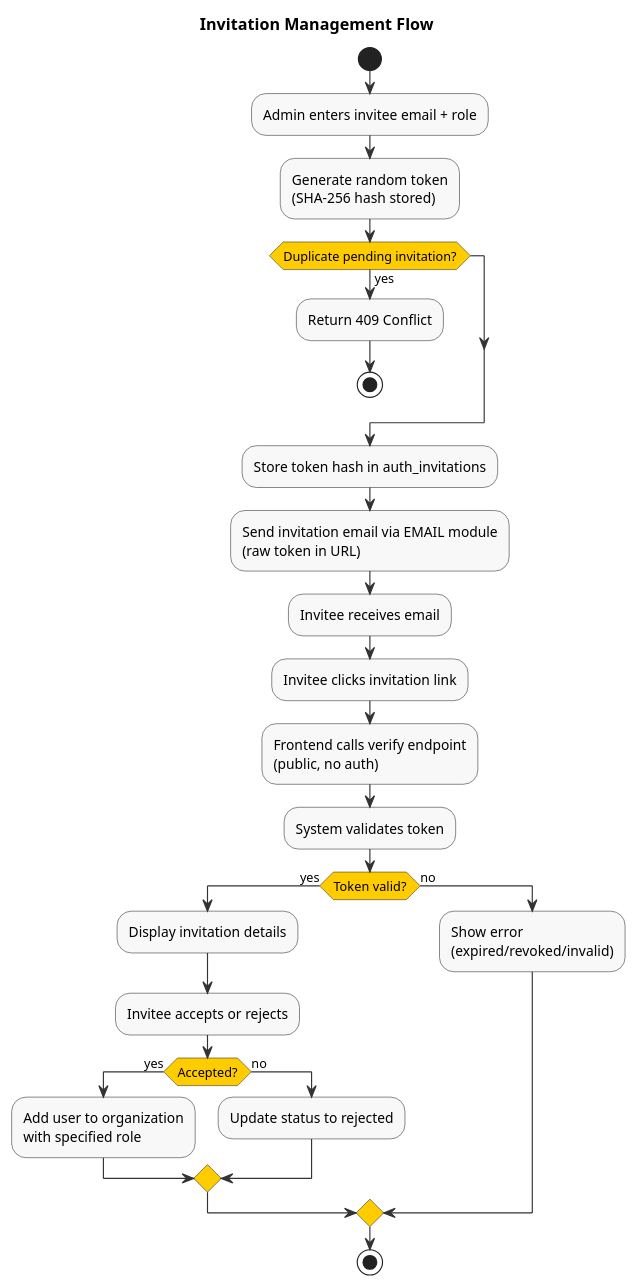
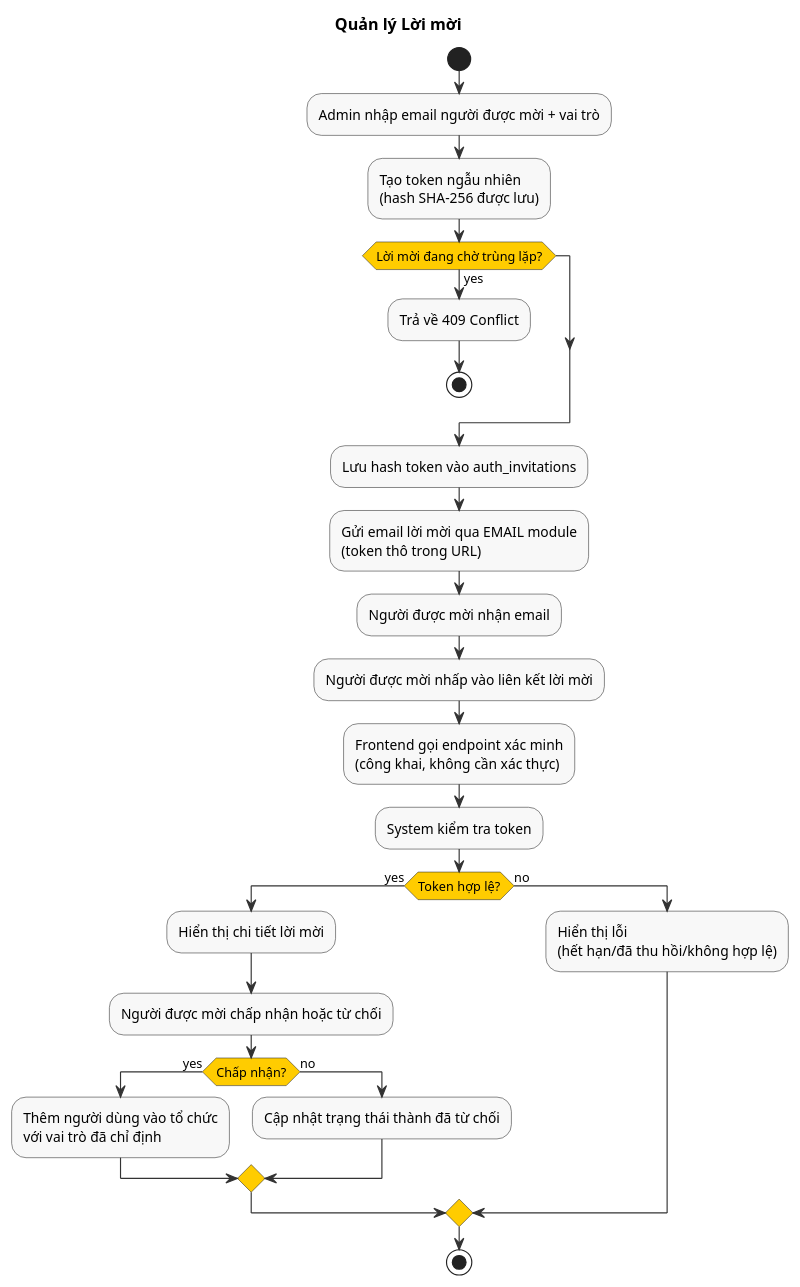
Before and after one commit to namnh240795/document: the diagram in modules/auth/diagrams/activity/invitation-activity.puml, drawn with PlantUML. The commit also changed 163 other files, not shown here.

```diff
--- a/modules/auth/diagrams/activity/invitation-activity.puml
+++ b/modules/auth/diagrams/activity/invitation-activity.puml
@@ -1,53 +1,53 @@
 @startuml
 ' ============================================================
-' Activity Diagram - Invitation Management Flow
+' Sơ đồ Hoạt động - Quản lý Lời mời
 ' ============================================================
 
 skinparam activity {
   BackgroundColor #F8F8F8
   BorderColor #333333
   ArrowColor #333333
   DiamondBackgroundColor #FFCC00
   DiamondBorderColor #333333
 }
 
-title Invitation Management Flow
+title Quản lý Lời mời
 
 start
 
-:Admin enters invitee email + role;
+:Admin nhập email người được mời + vai trò;
 
-:Generate random token\n(SHA-256 hash stored);
+:Tạo token ngẫu nhiên\n(hash SHA-256 được lưu);
 
-if (Duplicate pending invitation?) then (yes)
-  :Return 409 Conflict;
+if (Lời mời đang chờ trùng lặp?) then (yes)
+  :Trả về 409 Conflict;
   stop
 endif
 
-:Store token hash in auth_invitations;
+:Lưu hash token vào auth_invitations;
 
-:Send invitation email via EMAIL module\n(raw token in URL);
+:Gửi email lời mời qua EMAIL module\n(token thô trong URL);
 
-:Invitee receives email;
+:Người được mời nhận email;
 
-:Invitee clicks invitation link;
+:Người được mời nhấp vào liên kết lời mời;
 
-:Frontend calls verify endpoint\n(public, no auth);
+:Frontend gọi endpoint xác minh\n(công khai, không cần xác thực);
 
-:System validates token;
+:System kiểm tra token;
 
-if (Token valid?) then (yes)
-  :Display invitation details;
-  :Invitee accepts or rejects;
-  if (Accepted?) then (yes)
-    :Add user to organization\nwith specified role;
+if (Token hợp lệ?) then (yes)
+  :Hiển thị chi tiết lời mời;
+  :Người được mời chấp nhận hoặc từ chối;
+  if (Chấp nhận?) then (yes)
+    :Thêm người dùng vào tổ chức\nvới vai trò đã chỉ định;
   else (no)
-    :Update status to rejected;
+    :Cập nhật trạng thái thành đã từ chối;
   endif
 else (no)
-  :Show error\n(expired/revoked/invalid);
+  :Hiển thị lỗi\n(hết hạn/đã thu hồi/không hợp lệ);
 endif
 
 stop
 
 @enduml
```
